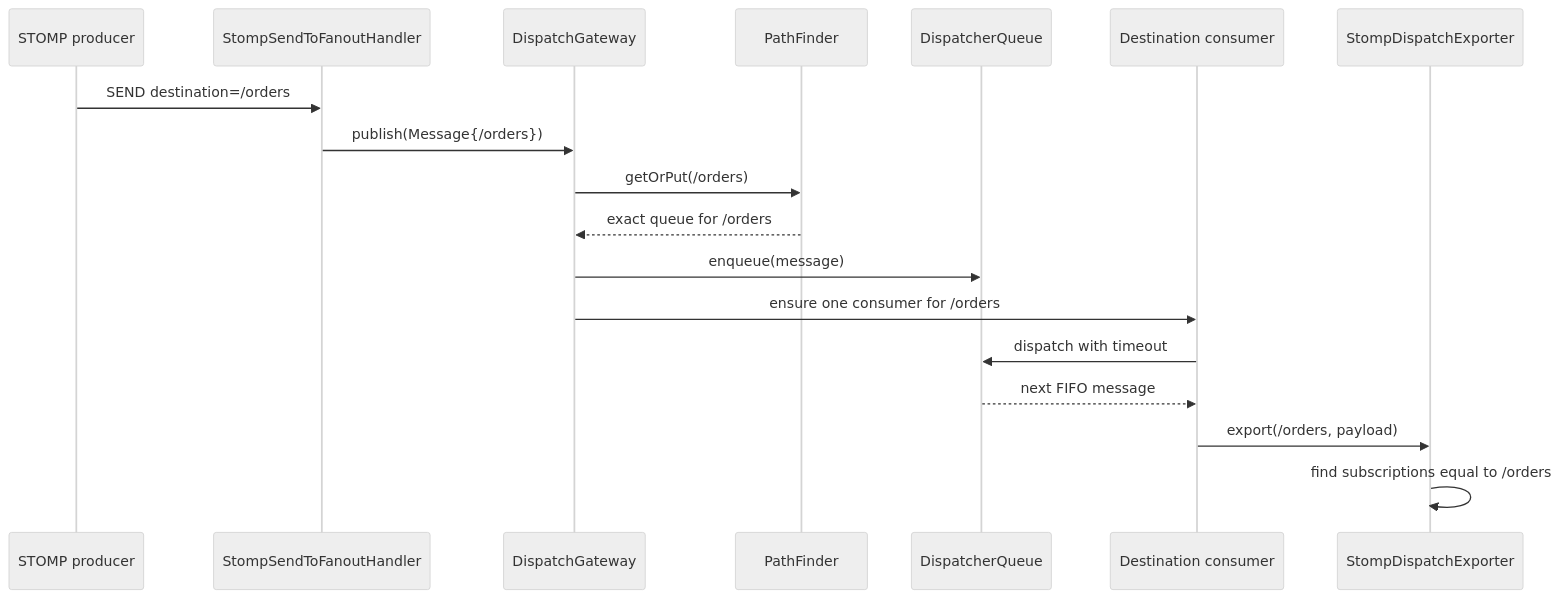
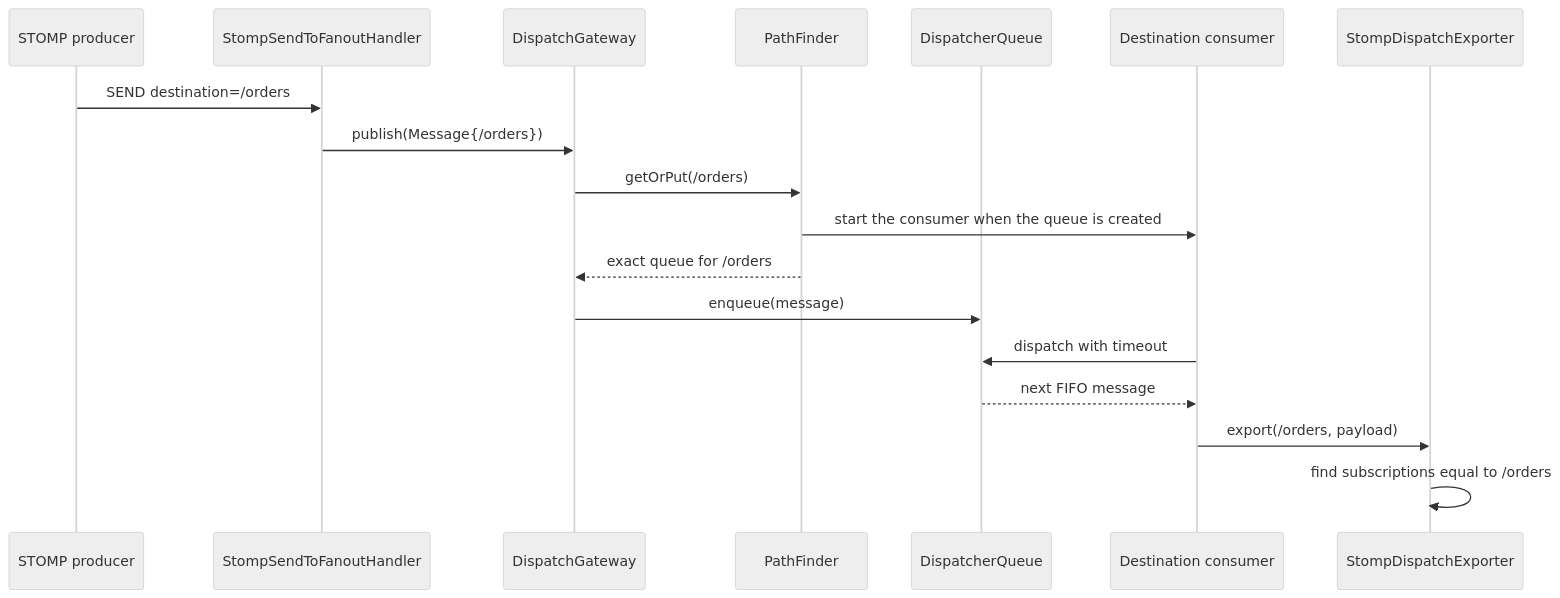
One commit to traffic-hunter/titan changed the diagram in docs/concepts/destinations.md. Above: the diagram before and after it, drawn with Mermaid (neutral theme). The commit also changed other lines of this file and 18 other files, not shown here.

Commit message:
Start the queue consumer when the path finder creates the queue

````diff
--- a/docs/concepts/destinations.md
+++ b/docs/concepts/destinations.md
@@ -23,21 +23,21 @@
 ```mermaid
 sequenceDiagram
     participant P as STOMP producer
     participant H as StompSendToFanoutHandler
     participant G as DispatchGateway
     participant D as PathFinder
     participant Q as DispatcherQueue
     participant C as Destination consumer
     participant E as StompDispatchExporter
 
     P->>H: SEND destination=/orders
     H->>G: publish(Message{/orders})
     G->>D: getOrPut(/orders)
+    D->>C: start the consumer when the queue is created
     D-->>G: exact queue for /orders
     G->>Q: enqueue(message)
-    G->>C: ensure one consumer for /orders
     C->>Q: dispatch with timeout
     Q-->>C: next FIFO message
     C->>E: export(/orders, payload)
     E->>E: find subscriptions equal to /orders
 ```
````
